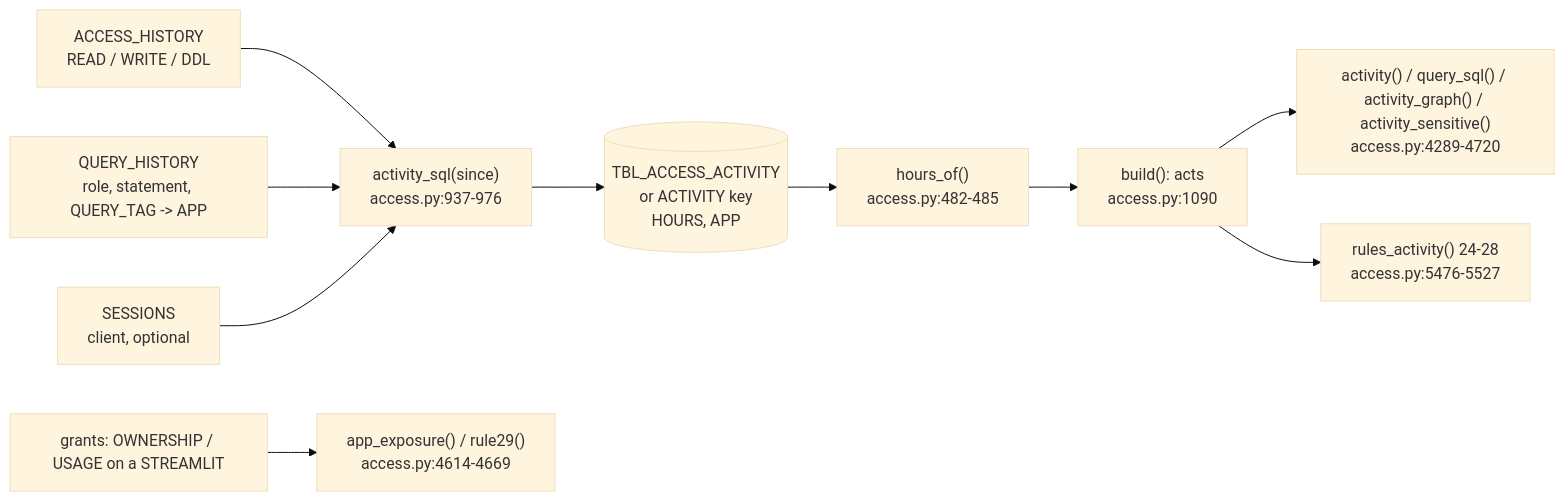
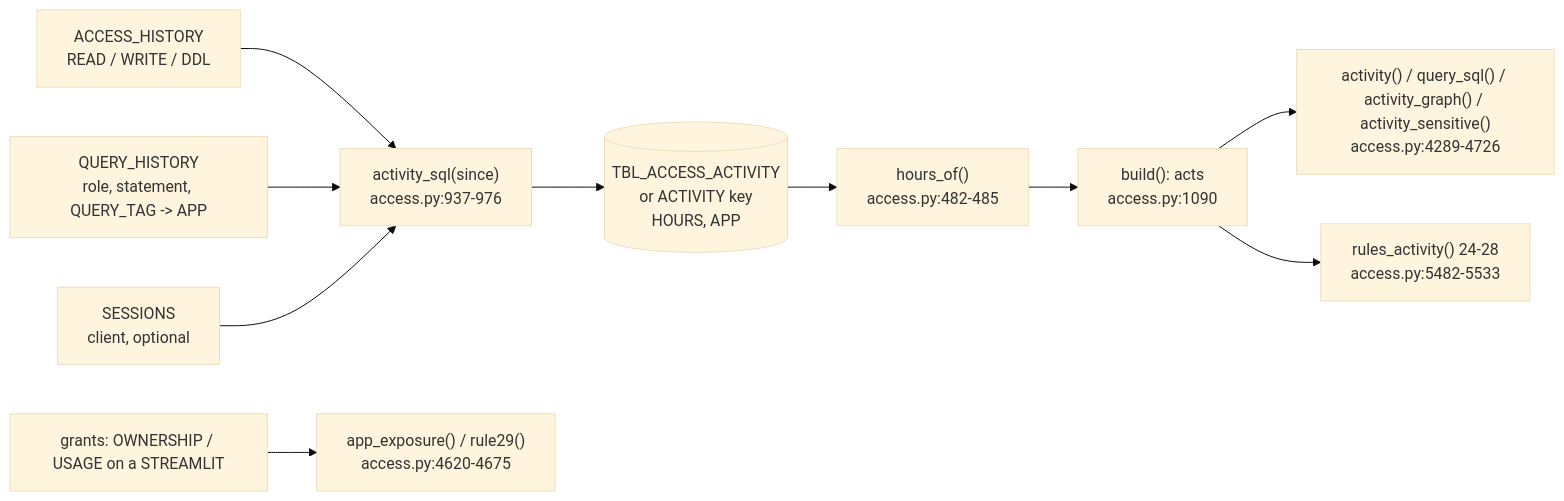
The diagram in snowflake-access-explorer-knowledge-graph/logic/activity.md (darshanmeel/snowflake-access-explorer), drawn with Mermaid (base theme) before and after one commit. The commit also changed other lines of this file and 42 other files, not shown here.

Commit message:
Docs and knowledge graph for the </> mark on every card and page SQL for every name

````diff
--- a/snowflake-access-explorer-knowledge-graph/logic/activity.md
+++ b/snowflake-access-explorer-knowledge-graph/logic/activity.md
@@ -6,12 +6,12 @@
 ```mermaid
 flowchart LR
   AH[ACCESS_HISTORY<br/>READ / WRITE / DDL] --> SQLA["activity_sql(since)<br/>access.py:937-976"]
   QH[QUERY_HISTORY<br/>role, statement, QUERY_TAG -> APP] --> SQLA
   SE[SESSIONS<br/>client, optional] --> SQLA
   SQLA --> T[(TBL_ACCESS_ACTIVITY<br/>or ACTIVITY key<br/>HOURS, APP)]
   T --> HO["hours_of()<br/>access.py:482-485"]
   HO --> ACTS["build(): acts<br/>access.py:1090"]
-  ACTS --> TAB["activity() / query_sql() / activity_graph() / activity_sensitive()<br/>access.py:4289-4720"]
-  ACTS --> R["rules_activity() 24-28<br/>access.py:5476-5527"]
-  G[grants: OWNERSHIP / USAGE on a STREAMLIT] --> AX["app_exposure() / rule29()<br/>access.py:4614-4669"]
+  ACTS --> TAB["activity() / query_sql() / activity_graph() / activity_sensitive()<br/>access.py:4289-4726"]
+  ACTS --> R["rules_activity() 24-28<br/>access.py:5482-5533"]
+  G[grants: OWNERSHIP / USAGE on a STREAMLIT] --> AX["app_exposure() / rule29()<br/>access.py:4620-4675"]
 ```
````
